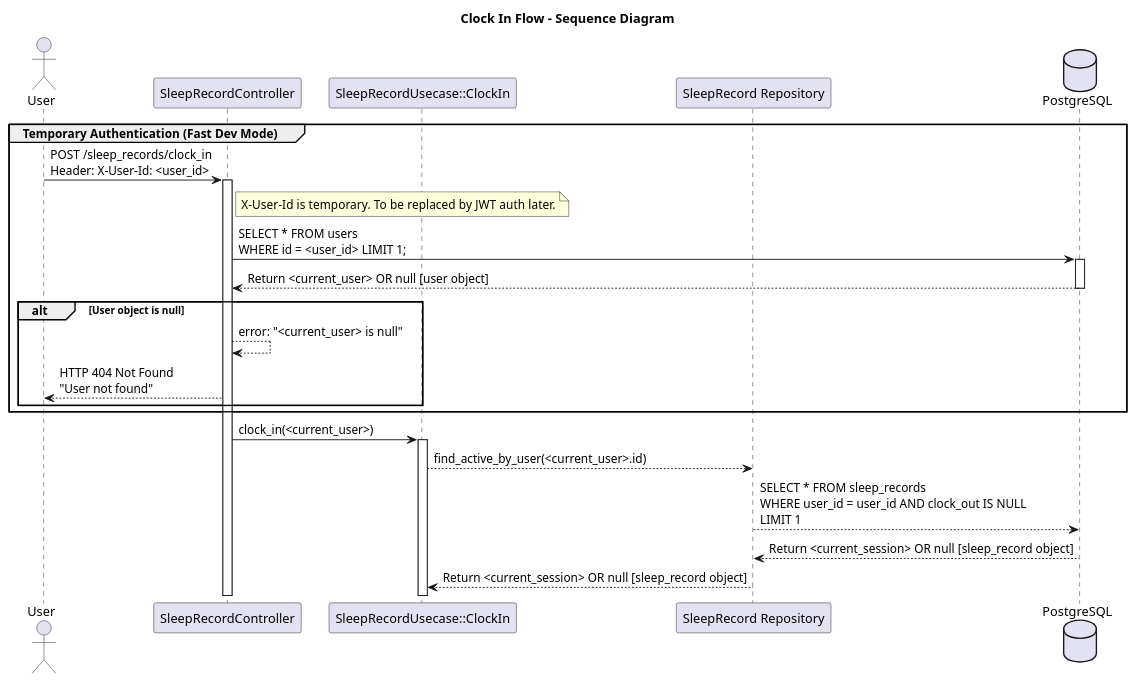
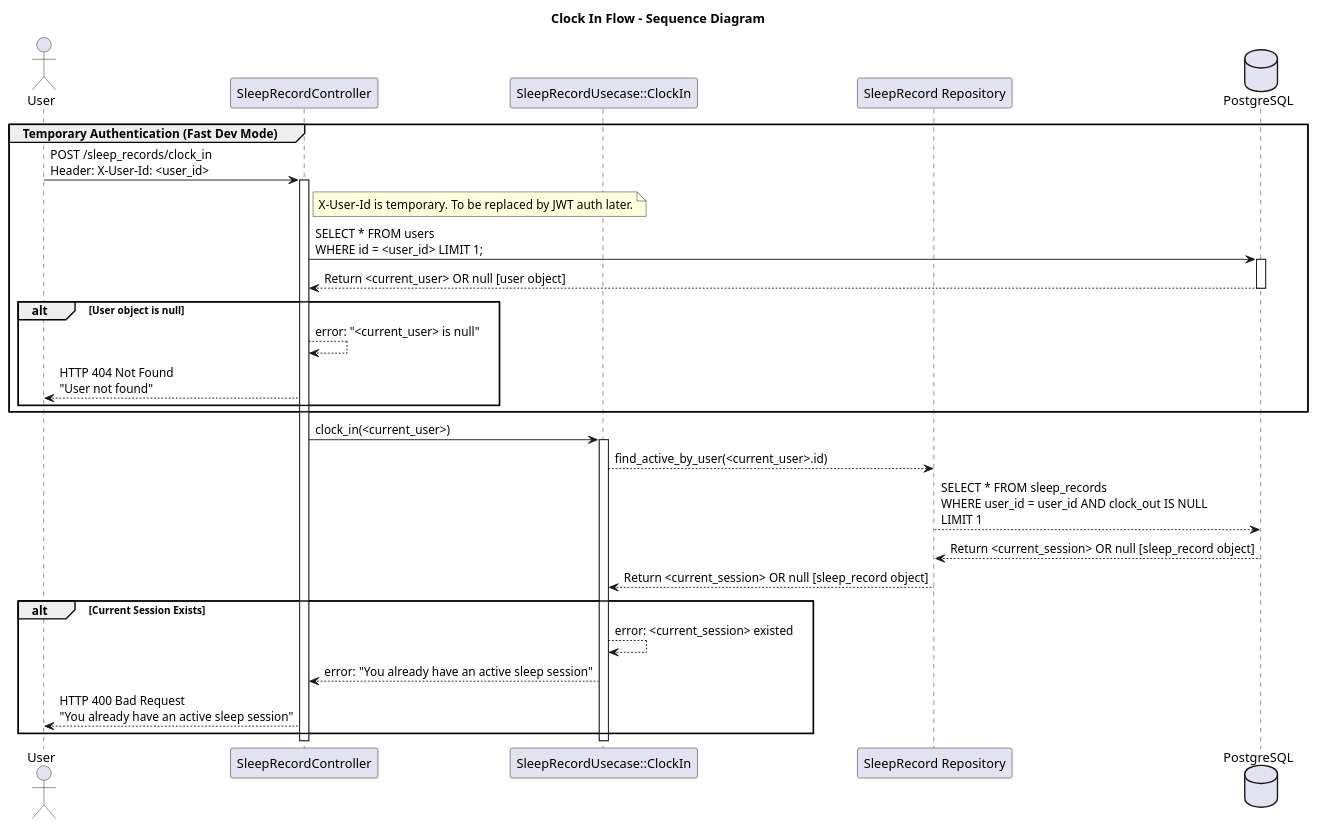
The diagram in docs/diagram/ClockInFlow.plantuml (wisnuaga/good-night), drawn with PlantUML before and after one commit.

Commit message:
clock-in: add checking current session

```diff
--- a/docs/diagram/ClockInFlow.plantuml
+++ b/docs/diagram/ClockInFlow.plantuml
@@ -1,41 +1,49 @@
 @startuml ClockInFlow
 title Clock In Flow - Sequence Diagram
 
 ' Define actors and components
 actor User
 participant "SleepRecordController" as Controller
 participant "SleepRecordUsecase::ClockIn" as Usecase
 participant "SleepRecord Repository" as Repository
 database "PostgreSQL" as DB
 
 ' Temporary auth via X-User-Id header (for fast development, to be replaced later)
 group Temporary Authentication (Fast Dev Mode)
     User -> Controller: POST /sleep_records/clock_in\nHeader: X-User-Id: <user_id>
     activate Controller
 
     note right of Controller
       X-User-Id is temporary. To be replaced by JWT auth later.
     end note
 
     Controller -> DB: SELECT * FROM users\nWHERE id = <user_id> LIMIT 1;
     activate DB
     DB --> Controller: Return <current_user> OR null [user object]
     deactivate DB
 
     alt User object is null
         Controller --> Controller: error: "<current_user> is null"
         Controller --> User: HTTP 404 Not Found\n"User not found"
     end
 end group
 
 Controller -> Usecase: clock_in(<current_user>)
 activate Usecase
 
 Usecase --> Repository: find_active_by_user(<current_user>.id)
 Repository --> DB: SELECT * FROM sleep_records \nWHERE user_id = user_id AND clock_out IS NULL \nLIMIT 1
 DB --> Repository: Return <current_session> OR null [sleep_record object]
 deactivate DB
 Repository --> Usecase: Return <current_session> OR null [sleep_record object]
 deactivate Repository
 
+alt Current Session Exists
+    Usecase --> Usecase: error: <current_session> existed
+    Usecase --> Controller: error: "You already have an active sleep session"
+    Controller --> User: HTTP 400 Bad Request\n"You already have an active sleep session"
+end
+
+
+
 @enduml
```
